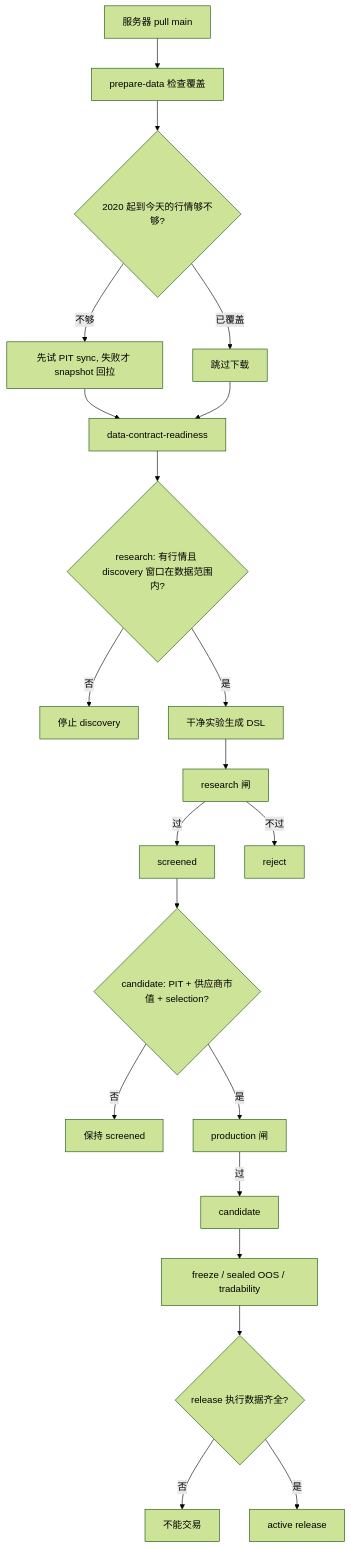
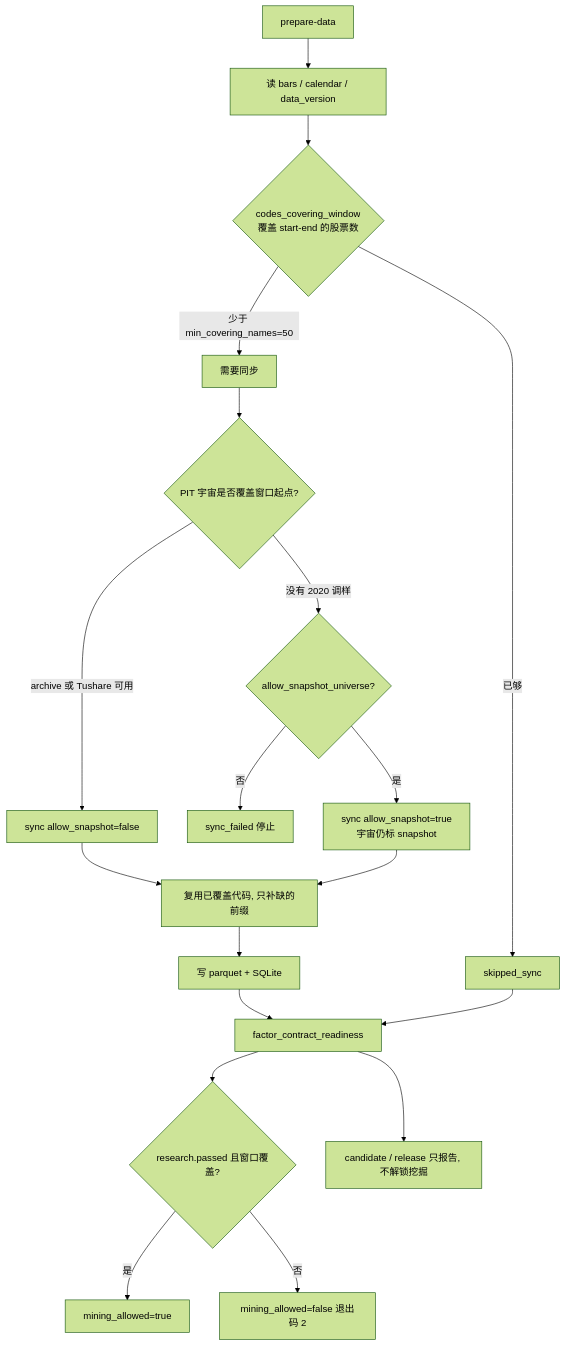
The third of 5 diagrams in README.md (CnOxx1/EvoQuantFactor), drawn with Mermaid (forest theme) before and after one commit. The commit also changed other lines of this file, not shown here.

First line of the commit message:
docs: expand README factor-production flowcharts

````diff
--- a/README.md
+++ b/README.md
@@ -97,23 +164,21 @@
 ```mermaid
 flowchart TD
-    A[服务器 pull main] --> B[prepare-data 检查覆盖]
-    B --> C{2020 起到今天的行情够不够?}
-    C -->|不够| D[先试 PIT sync, 失败才 snapshot 回拉]
-    C -->|已覆盖| E[跳过下载]
-    D --> F[data-contract-readiness]
-    E --> F
-    F --> G{research: 有行情且 discovery 窗口在数据范围内?}
-    G -->|否| H[停止 discovery]
-    G -->|是| I[干净实验生成 DSL]
-    I --> J[research 闸]
-    J -->|过| K[screened]
-    J -->|不过| L[reject]
-    K --> M{candidate: PIT + 供应商市值 + selection?}
-    M -->|否| N[保持 screened]
-    M -->|是| O[production 闸]
-    O -->|过| P[candidate]
-    P --> Q[freeze / sealed OOS / tradability]
-    Q --> R{release 执行数据齐全?}
-    R -->|否| S[不能交易]
-    R -->|是| T[active release]
+    A[prepare-data] --> B[读 bars / calendar / data_version]
+    B --> C{codes_covering_window<br/>覆盖 start-end 的股票数}
+    C -->|少于 min_covering_names=50| D[需要同步]
+    C -->|已够| E[skipped_sync]
+    D --> F{PIT 宇宙是否覆盖窗口起点?}
+    F -->|archive 或 Tushare 可用| G["sync allow_snapshot=false"]
+    F -->|没有 2020 调样| H{allow_snapshot_universe?}
+    H -->|否| I[sync_failed 停止]
+    H -->|是| J["sync allow_snapshot=true<br/>宇宙仍标 snapshot"]
+    G --> K[复用已覆盖代码, 只补缺的前缀]
+    J --> K
+    K --> L[写 parquet + SQLite]
+    L --> M[factor_contract_readiness]
+    E --> M
+    M --> N{research.passed 且窗口覆盖?}
+    N -->|是| O[mining_allowed=true]
+    N -->|否| P[mining_allowed=false 退出码 2]
+    M --> Q[candidate / release 只报告, 不解锁挖掘]
 ```
````
